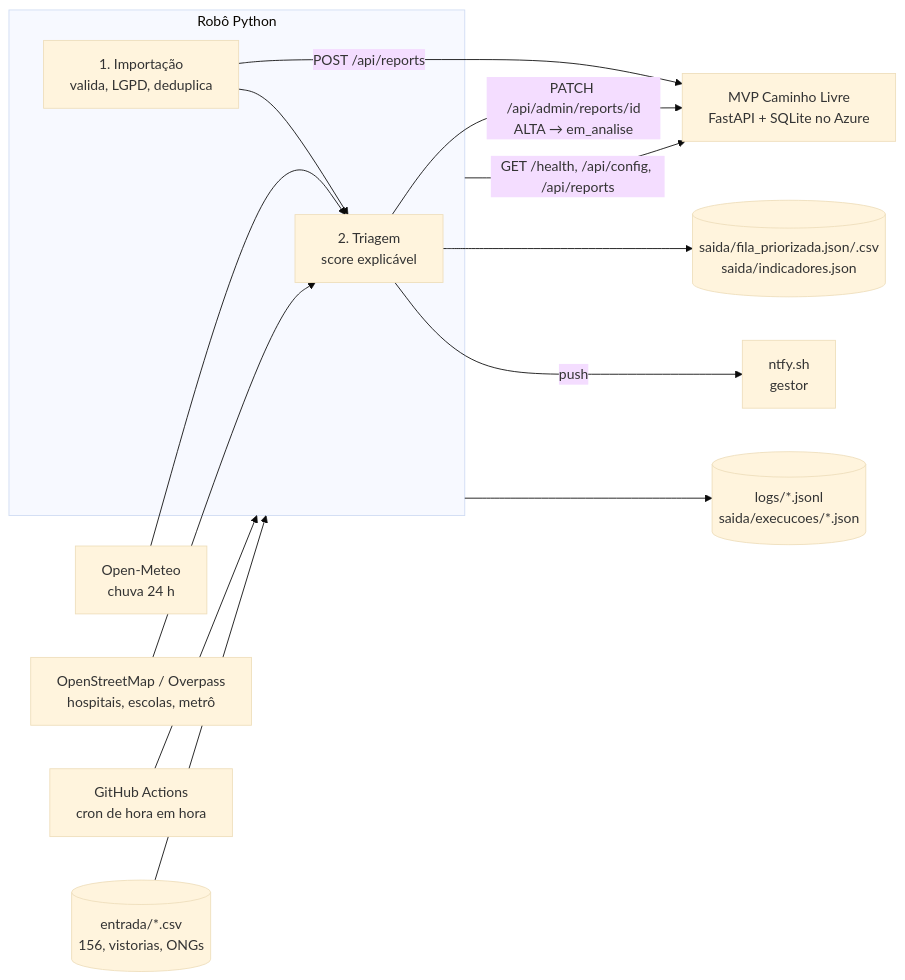
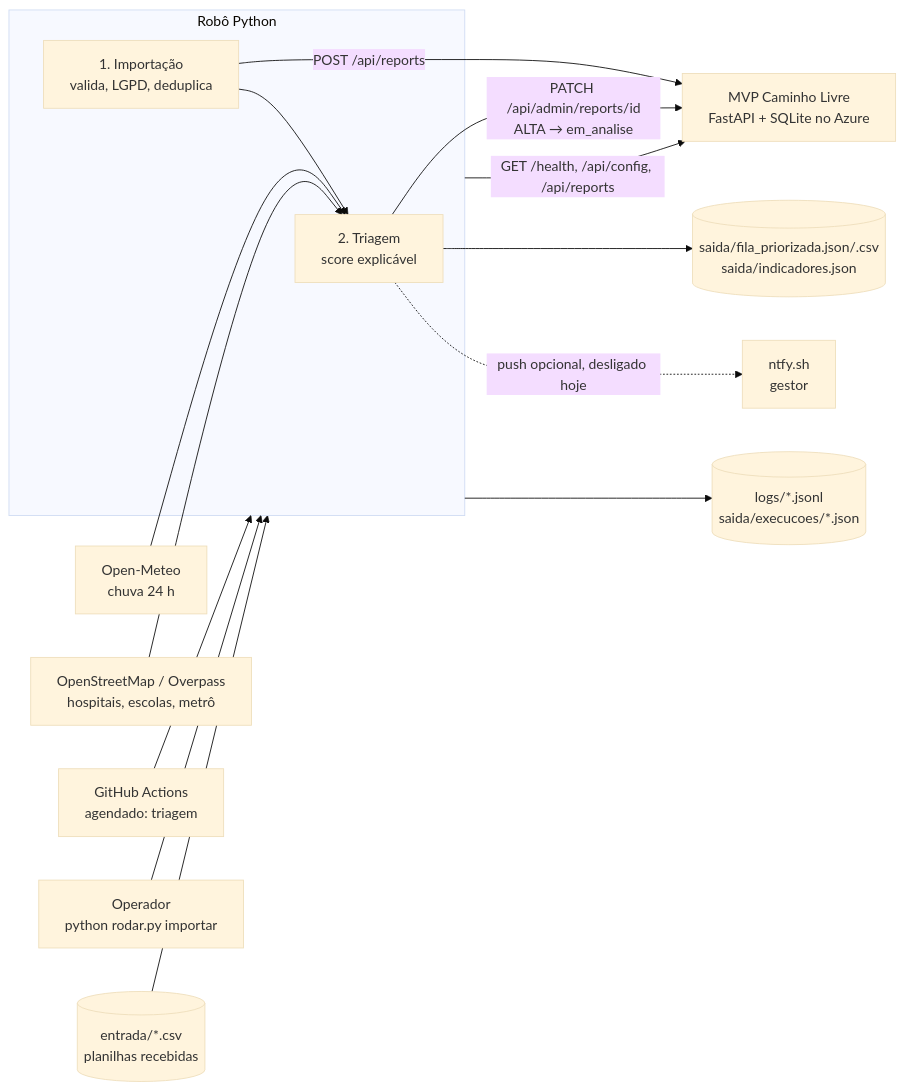
Before and after one commit to Rodrigo-Brasileiro/caminho-livre-rpa: the diagram in README.md, drawn with Mermaid (base theme). The commit also changed other lines of this file and 16 other files, not shown here.

````diff
--- a/README.md
+++ b/README.md
@@ -47,16 +49,17 @@
 ```mermaid
 flowchart LR
-  ag[GitHub Actions<br/>cron de hora em hora] --> robo
-  csv[(entrada/*.csv<br/>156, vistorias, ONGs)] --> robo
+  ag[GitHub Actions<br/>agendado: triagem] --> robo
+  op[Operador<br/>python rodar.py importar] --> robo
+  csv[(entrada/*.csv<br/>planilhas recebidas)] --> robo
   subgraph robo [Robô Python]
     imp[1. Importação<br/>valida, LGPD, deduplica] --> tri[2. Triagem<br/>score explicável]
   end
   imp -- POST /api/reports --> mvp
   robo -- GET /health, /api/config, /api/reports --> mvp
   tri -- PATCH /api/admin/reports/id<br/>ALTA → em_analise --> mvp[MVP Caminho Livre<br/>FastAPI + SQLite no Azure]
   om[Open-Meteo<br/>chuva 24 h] --> tri
   osm[OpenStreetMap / Overpass<br/>hospitais, escolas, metrô] --> tri
   tri --> fila[(saida/fila_priorizada.json/.csv<br/>saida/indicadores.json)]
-  tri -- push --> ntfy[ntfy.sh<br/>gestor]
+  tri -. push opcional, desligado hoje .-> ntfy[ntfy.sh<br/>gestor]
   robo --> logs[(logs/*.jsonl<br/>saida/execucoes/*.json)]
 ```
````
